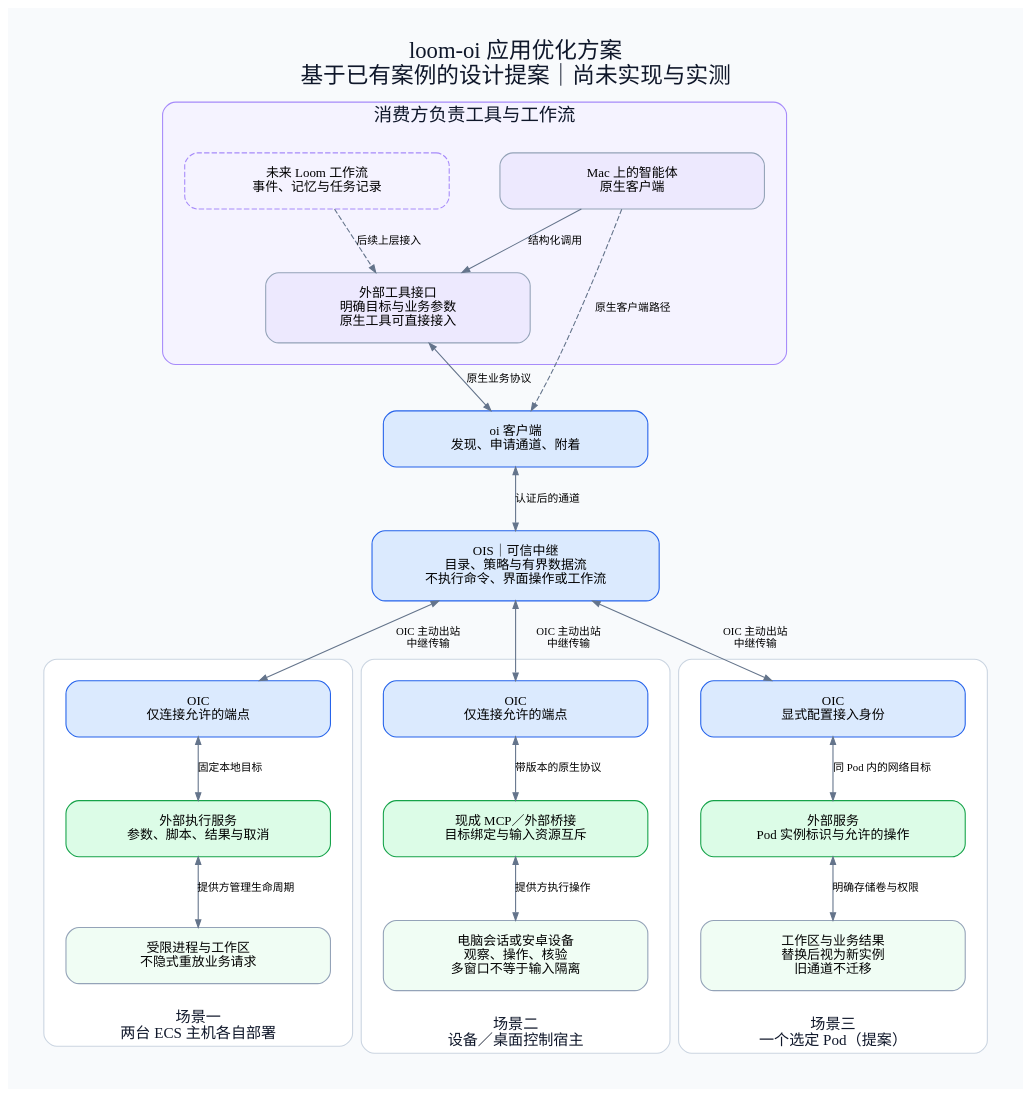
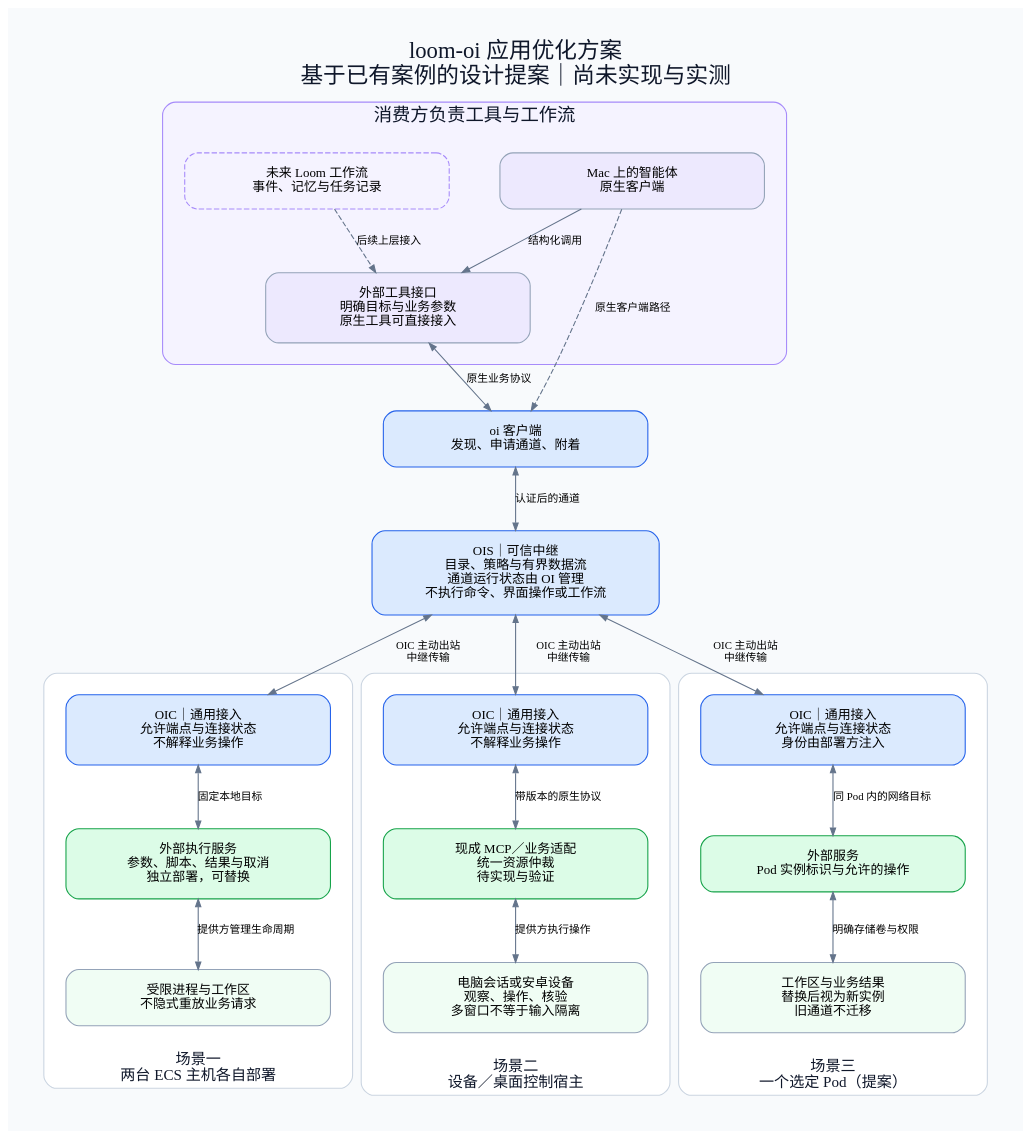
One commit to wyw-ai/loom-oi changed the diagram in docs/architecture/diagrams/v0.7/07-application-paths.dot. Above: the diagram before and after it, drawn with Graphviz. The commit also changed 22 other files, not shown here.

```diff
--- a/docs/architecture/diagrams/v0.7/07-application-paths.dot
+++ b/docs/architecture/diagrams/v0.7/07-application-paths.dot
@@ -1,49 +1,49 @@
 digraph applications {
  graph [rankdir=TB, newrank=true, bgcolor="#F8FAFC", pad=0.35, nodesep=0.65, ranksep=0.65, compound=true, fontname="Noto Sans SC", label="loom-oi 应用优化方案\n基于已有案例的设计提案｜尚未实现与实测", labelloc=t, fontsize=21, fontcolor="#0F172A"];
  node [shape=box, style="rounded,filled", fontname="Noto Sans SC", fontsize=12, color="#94A3B8", fillcolor="white", margin="0.3,0.18", width=3.4];
  edge [fontname="Noto Sans SC", fontsize=10, color="#64748B", arrowsize=0.7];
  subgraph cluster_consumer {
   label="消费方负责工具与工作流"; margin=20; fontsize=17; style="rounded"; color="#A78BFA"; bgcolor="#F5F3FF";
   agent [label="Mac 上的智能体\n原生客户端", fillcolor="#EDE9FE"];
   harness [label="未来 Loom 工作流\n事件、记忆与任务记录", style="rounded,dashed", color="#A78BFA"];
   tool [label="外部工具接口\n明确目标与业务参数\n原生工具可直接接入", fillcolor="#EDE9FE"];
   {rank=same;agent;harness;}
   agent -> tool [label="结构化调用"];
   harness -> tool [style=dashed, label="后续上层接入"];
  }
  cli [label="oi 客户端\n发现、申请通道、附着", fillcolor="#DBEAFE", color="#2563EB"];
- ois [label="OIS｜可信中继\n目录、策略与有界数据流\n不执行命令、界面操作或工作流", width=3.7, fillcolor="#DBEAFE", color="#2563EB"];
+ ois [label="OIS｜可信中继\n目录、策略与有界数据流\n通道运行状态由 OI 管理\n不执行命令、界面操作或工作流", width=3.7, fillcolor="#DBEAFE", color="#2563EB"];
  tool -> cli [dir=both,label="原生业务协议"];
  agent -> cli [style=dashed,label="原生客户端路径"];
  cli -> ois [dir=both,label="认证后的通道"];
  subgraph cluster_ecs {
   label="场景一\n两台 ECS 主机各自部署"; color="#CBD5E1"; style="rounded"; bgcolor="#FFFFFF"; labelloc=b; fontsize=14; margin=20;
-  oa [label="OIC\n仅连接允许的端点", fillcolor="#DBEAFE", color="#2563EB"];
-  ex [label="外部执行服务\n参数、脚本、结果与取消", fillcolor="#DCFCE7", color="#16A34A"];
+  oa [label="OIC｜通用接入\n允许端点与连接状态\n不解释业务操作", fillcolor="#DBEAFE", color="#2563EB"];
+  ex [label="外部执行服务\n参数、脚本、结果与取消\n独立部署，可替换", fillcolor="#DCFCE7", color="#16A34A"];
   ws [label="受限进程与工作区\n不隐式重放业务请求", fillcolor="#F0FDF4"];
   oa -> ex [dir=both,label="固定本地目标"];
   ex -> ws [dir=both,label="提供方管理生命周期"];
  }
  subgraph cluster_device {
   label="场景二\n设备／桌面控制宿主"; color="#CBD5E1"; style="rounded"; bgcolor="#FFFFFF"; labelloc=b; fontsize=14; margin=20;
-  ob [label="OIC\n仅连接允许的端点", fillcolor="#DBEAFE", color="#2563EB"];
-  ui [label="现成 MCP／外部桥接\n目标绑定与输入资源互斥", fillcolor="#DCFCE7", color="#16A34A"];
+  ob [label="OIC｜通用接入\n允许端点与连接状态\n不解释业务操作", fillcolor="#DBEAFE", color="#2563EB"];
+  ui [label="现成 MCP／业务适配\n统一资源仲裁\n待实现与验证", fillcolor="#DCFCE7", color="#16A34A"];
   device [label="电脑会话或安卓设备\n观察、操作、核验\n多窗口不等于输入隔离", fillcolor="#F0FDF4"];
   ob -> ui [dir=both,label="带版本的原生协议"];
   ui -> device [dir=both,label="提供方执行操作"];
  }
  subgraph cluster_pod {
   label="场景三\n一个选定 Pod（提案）"; color="#CBD5E1"; style="rounded"; bgcolor="#FFFFFF"; labelloc=b; fontsize=14; margin=20;
-  oc [label="OIC\n显式配置接入身份", fillcolor="#DBEAFE", color="#2563EB"];
+  oc [label="OIC｜通用接入\n允许端点与连接状态\n身份由部署方注入", fillcolor="#DBEAFE", color="#2563EB"];
   app [label="外部服务\nPod 实例标识与允许的操作", fillcolor="#DCFCE7", color="#16A34A"];
   work [label="工作区与业务结果\n替换后视为新实例\n旧通道不迁移", fillcolor="#F0FDF4"];
   oc -> app [dir=both,label="同 Pod 内的网络目标"];
   app -> work [dir=both,label="明确存储卷与权限"];
  }
  {rank=same;oa;ob;oc;}
  {rank=same;ex;ui;app;}
  {rank=same;ws;device;work;}
  ois -> oa [dir=both,label="　　OIC 主动出站　　\n　　中继传输　　"];
  ois -> ob [dir=both,label="　　OIC 主动出站　　\n　　中继传输　　"];
  ois -> oc [dir=both,label="　　OIC 主动出站　　\n　　中继传输　　"];
 }
```
